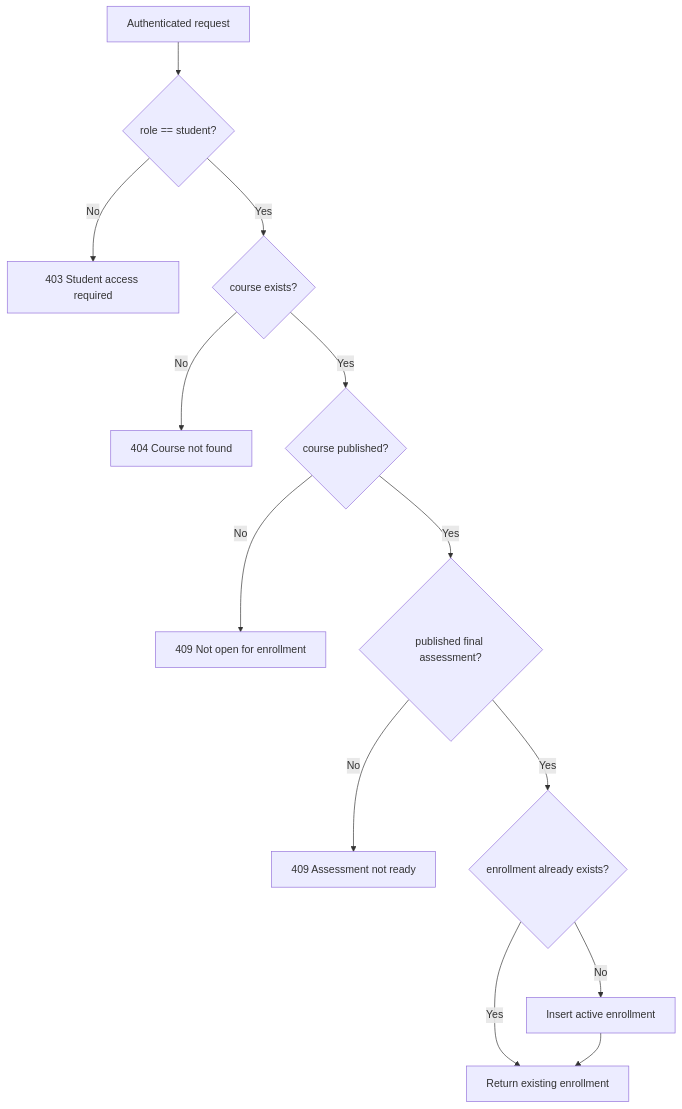
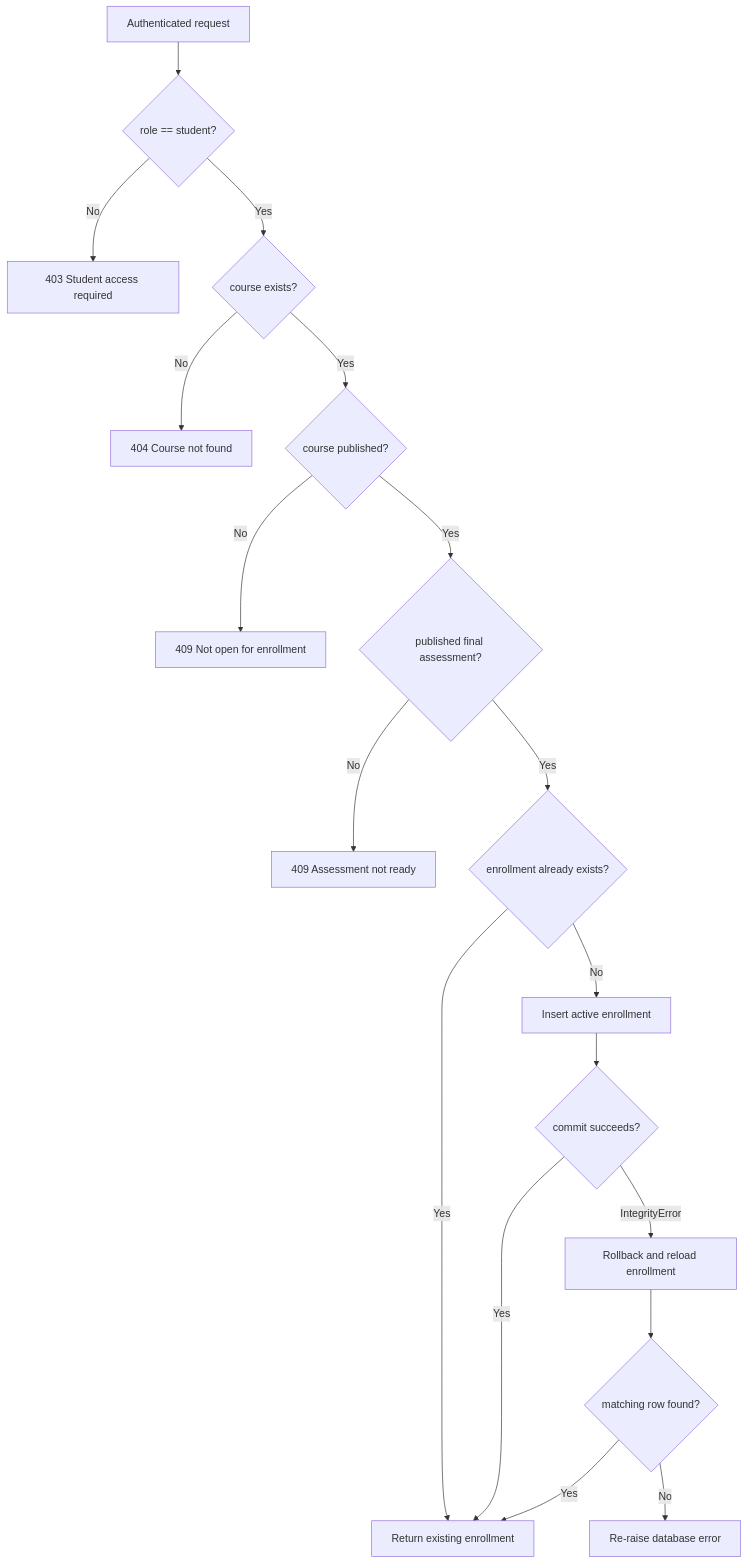
The diagram in content/5-Workshop/5.4-Enrollment/_index.md (Songmiluuu/Fcaj-workshop), drawn with Mermaid before and after one commit. The commit also changed other lines of this file and 74 other files, not shown here.

```diff
--- a/content/5-Workshop/5.4-Enrollment/_index.md
+++ b/content/5-Workshop/5.4-Enrollment/_index.md
@@ -41,15 +41,20 @@
 {{<mermaid>}}
 flowchart TD
     A["Authenticated request"] --> B{"role == student?"}
     B -- No --> X403["403 Student access required"]
     B -- Yes --> C{"course exists?"}
     C -- No --> X404["404 Course not found"]
     C -- Yes --> D{"course published?"}
     D -- No --> X409A["409 Not open for enrollment"]
     D -- Yes --> E{"published final assessment?"}
     E -- No --> X409B["409 Assessment not ready"]
     E -- Yes --> F{"enrollment already exists?"}
     F -- Yes --> R["Return existing enrollment"]
     F -- No --> I["Insert active enrollment"]
-    I --> R
+    I --> J{"commit succeeds?"}
+    J -- Yes --> R
+    J -- IntegrityError --> K["Rollback and reload enrollment"]
+    K --> L{"matching row found?"}
+    L -- Yes --> R
+    L -- No --> XDB["Re-raise database error"]
 {{</mermaid>}}
```
